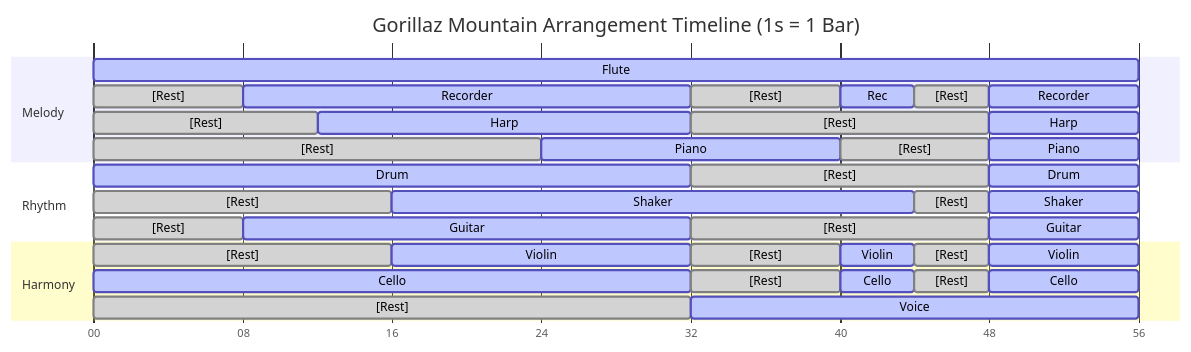
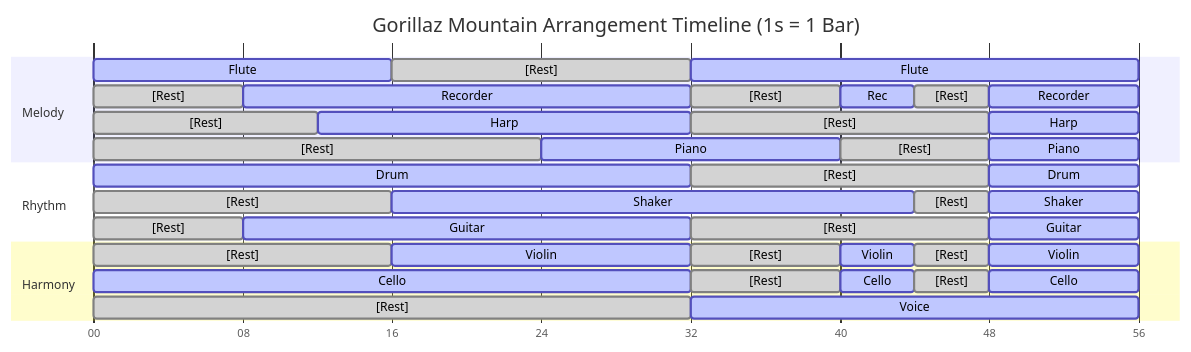
The diagram in notes.md (macabot/gorillaz-mountain), drawn with Mermaid before and after one commit. The commit also changed 1 other file, not shown here.

Commit message:
Increase reset of flute

````diff
--- a/notes.md
+++ b/notes.md
@@ -3,62 +3,64 @@
 ```mermaid
 ---
 displayMode: compact
 ---
 gantt
     title Gorillaz Mountain Arrangement Timeline (1s = 1 Bar)
     dateFormat mm:ss
     axisFormat %S
     tickInterval 8second
 
     section Melody
-    Flute               :active, 00:00, 00:56
+    Flute               :active, 00:00, 00:16
+    [Rest]              :done,   00:16, 00:32
+    Flute               :active, 00:32, 00:56
 
     [Rest]              :done,   00:00, 00:08
     Recorder            :active, 00:08, 00:32
     [Rest]              :done,   00:32, 00:40
     Rec                 :active, 00:40, 00:44
     [Rest]              :done,   00:44, 00:48
     Recorder            :active, 00:48, 00:56
 
     [Rest]              :done,   00:00, 00:12
     Harp                :active, 00:12, 00:32
     [Rest]              :done,   00:32, 00:48
     Harp                :active, 00:48, 00:56
 
     [Rest]              :done,   00:00, 00:24
     Piano               :active, 00:24, 00:40
     [Rest]              :done,   00:40, 00:48
     Piano               :active, 00:48, 00:56
 
     section Rhythm
     Drum                :active, 00:00, 00:32
     [Rest]              :done,   00:32, 00:48
     Drum                :active, 00:48, 00:56
 
     [Rest]              :done,   00:00, 00:16
     Shaker              :active, 00:16, 00:44
     [Rest]              :done,   00:44, 00:48
     Shaker              :active, 00:48, 00:56
 
     [Rest]              :done,   00:00, 00:08
     Guitar              :active, 00:08, 00:32
     [Rest]              :done,   00:32, 00:48
     Guitar              :active, 00:48, 00:56
 
     section Harmony
     [Rest]              :done,   00:00, 00:16
     Violin              :active, 00:16, 00:32
     [Rest]              :done,   00:32, 00:40
     Violin              :active, 00:40, 00:44
     [Rest]              :done,   00:44, 00:48
     Violin              :active, 00:48, 00:56
 
     Cello               :active, 00:00, 00:32
     [Rest]              :done,   00:32, 00:40
     Cello               :active, 00:40, 00:44
     [Rest]              :done,   00:44, 00:48
     Cello               :active, 00:48, 00:56
 
     [Rest]              :done,   00:00, 00:32
     Voice               :active, 00:32, 00:56
 ```
````
